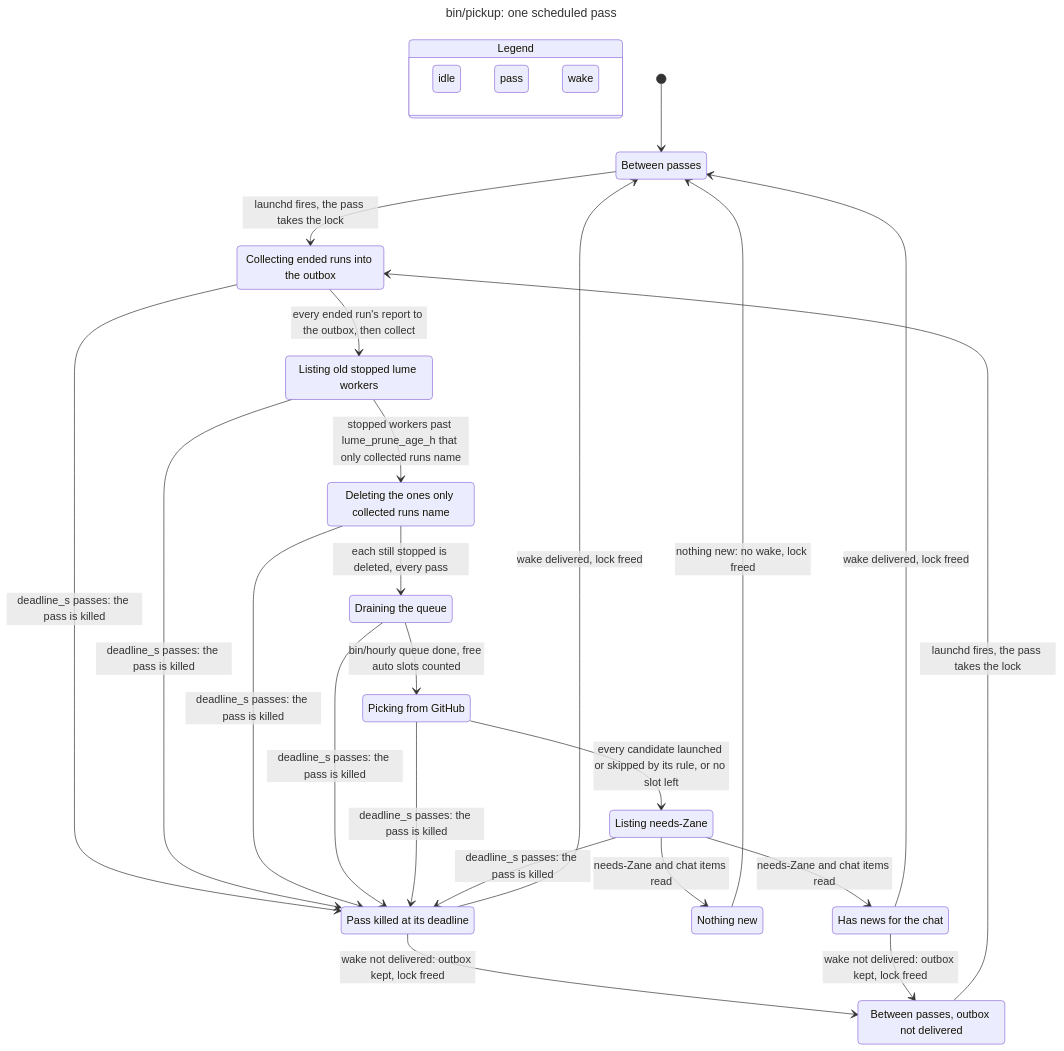
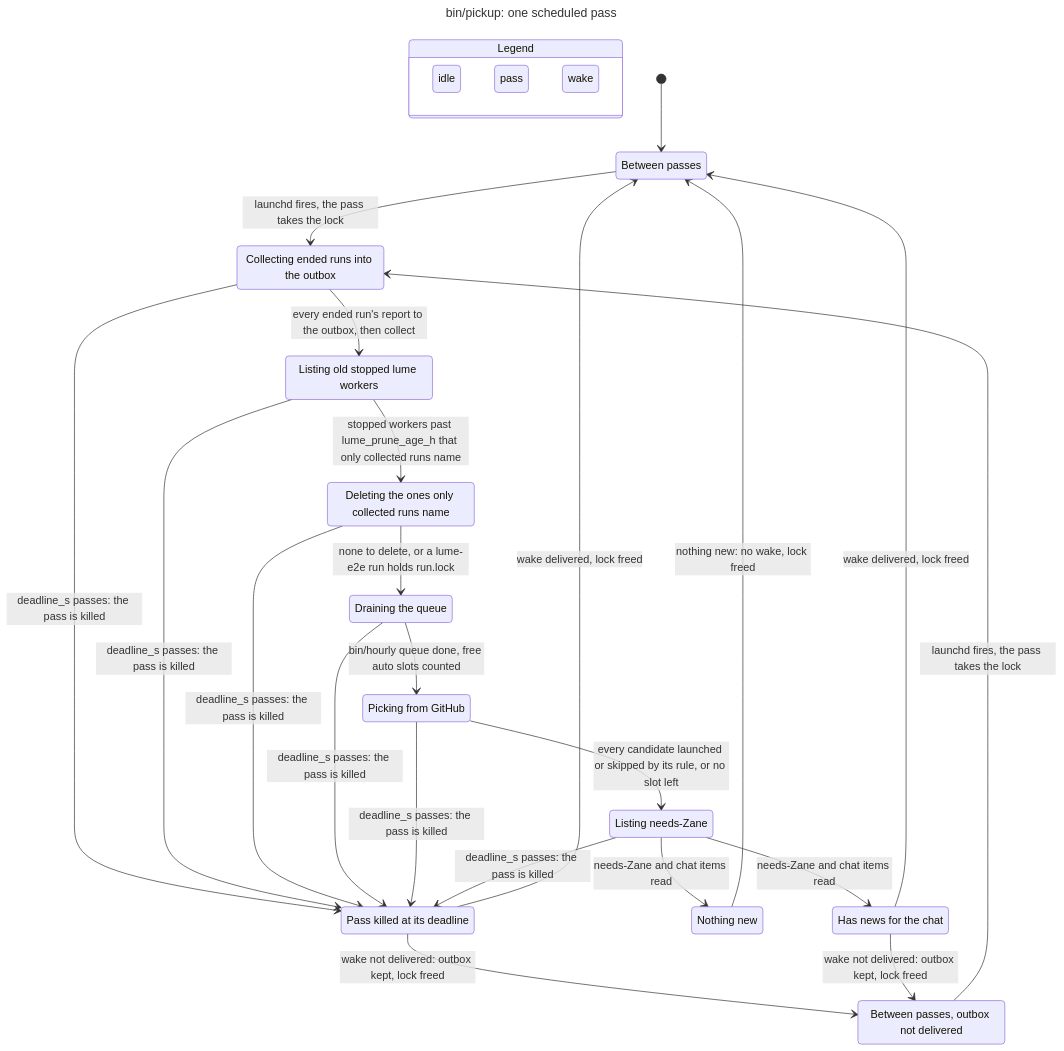
One commit to injaneity/zstack changed the diagram in model/Pickup.mmd. Above: the diagram before and after it, drawn with Mermaid. The commit also changed 3 other files, not shown here.

Commit message:
fix(pickup): model the delete under lume-e2e's run.lock

```diff
--- a/model/Pickup.mmd
+++ b/model/Pickup.mmd
@@ -1,55 +1,55 @@
 ---
 title: "bin/pickup: one scheduled pass"
 ---
 stateDiagram-v2
   state "Legend" as legend {
     lg0: idle
     lg1: pass
     lg2: wake
   }
   class lg0 blue
   class lg1 teal
   class lg2 yellow
   s0: Between passes
   s1: Collecting ended runs into the outbox
   s2: Listing old stopped lume workers
   s3: Pass killed at its deadline
   s4: Deleting the ones only collected runs name
   s5: Draining the queue
   s6: Between passes, outbox not delivered
   s7: Picking from GitHub
   s8: Listing needs-Zane
   s9: Nothing new
   s10: Has news for the chat
   [*] --> s0
   s0 --> s1: launchd fires, the pass takes the lock
   s1 --> s2: every ended run's report to the outbox, then collect
   s1 --> s3: deadline_s passes: the pass is killed
   s2 --> s3: deadline_s passes: the pass is killed
   s2 --> s4: stopped workers past lume_prune_age_h that only collected runs name
   s4 --> s3: deadline_s passes: the pass is killed
-  s4 --> s5: each still stopped is deleted, every pass
+  s4 --> s5: none to delete, or a lume-e2e run holds run.lock
   s3 --> s0: wake delivered, lock freed
   s3 --> s6: wake not delivered: outbox kept, lock freed
   s5 --> s3: deadline_s passes: the pass is killed
   s5 --> s7: bin/hourly queue done, free auto slots counted
   s7 --> s3: deadline_s passes: the pass is killed
   s6 --> s1: launchd fires, the pass takes the lock
   s7 --> s8: every candidate launched or skipped by its rule, or no slot left
   s8 --> s3: deadline_s passes: the pass is killed
   s8 --> s9: needs-Zane and chat items read
   s9 --> s0: nothing new: no wake, lock freed
   s8 --> s10: needs-Zane and chat items read
   s10 --> s0: wake delivered, lock freed
   s10 --> s6: wake not delivered: outbox kept, lock freed
   class s0 blue
   class s1 teal
   class s2 teal
   class s3 yellow
   class s4 teal
   class s5 teal
   class s6 blue
   class s7 teal
   class s8 teal
   class s9 yellow
   class s10 yellow
```
